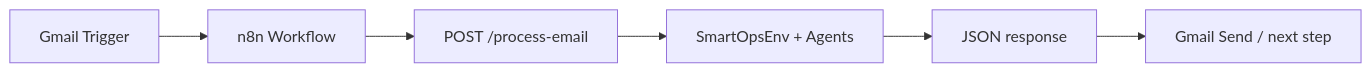
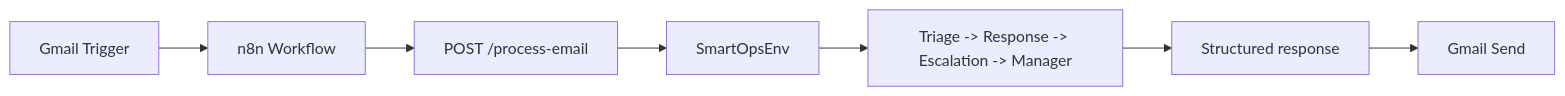
Before and after one commit to Chinmaya24/smartops-openenv: the diagram in README.md, drawn with Mermaid. The commit also changed other lines of this file, not shown here.

Commit message:
Deploy SmartOps AI Customer Support System

````diff
--- a/README.md
+++ b/README.md
@@ -9,8 +12,9 @@
 ```mermaid
 flowchart LR
   Gmail[Gmail Trigger] --> n8n[n8n Workflow]
   n8n --> HTTP[POST /process-email]
-  HTTP --> Agents[SmartOpsEnv + Agents]
-  Agents --> JSON[JSON response]
-  JSON --> Send[Gmail Send / next step]
+  HTTP --> Env[SmartOpsEnv]
+  Env --> Agents[Triage -> Response -> Escalation -> Manager]
+  Agents --> JSON[Structured response]
+  JSON --> GmailSend[Gmail Send]
 ```
````
